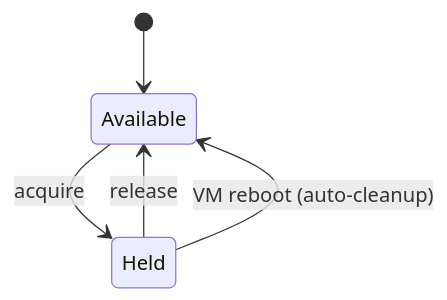
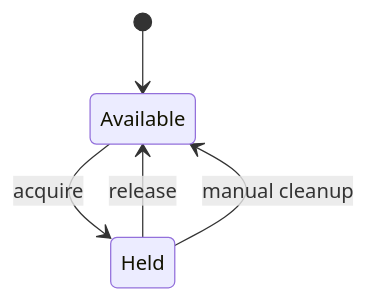
One commit to flaksit/pc-switcher changed the second of 3 diagrams in specs/002-testing-framework/data-model.md. Above: the diagram before and after it, drawn with Mermaid. The commit also changed other lines of this file and 7 other files, not shown here.

Commit message:
plan review architecture by gemini 3 pro

````diff
--- a/specs/002-testing-framework/data-model.md
+++ b/specs/002-testing-framework/data-model.md
@@ -64,7 +68,7 @@
 ```mermaid
 stateDiagram-v2
     [*] --> Available
     Available --> Held: acquire
     Held --> Available: release
-    Held --> Available: VM reboot (auto-cleanup)
+    Held --> Available: manual cleanup
 ```
````
